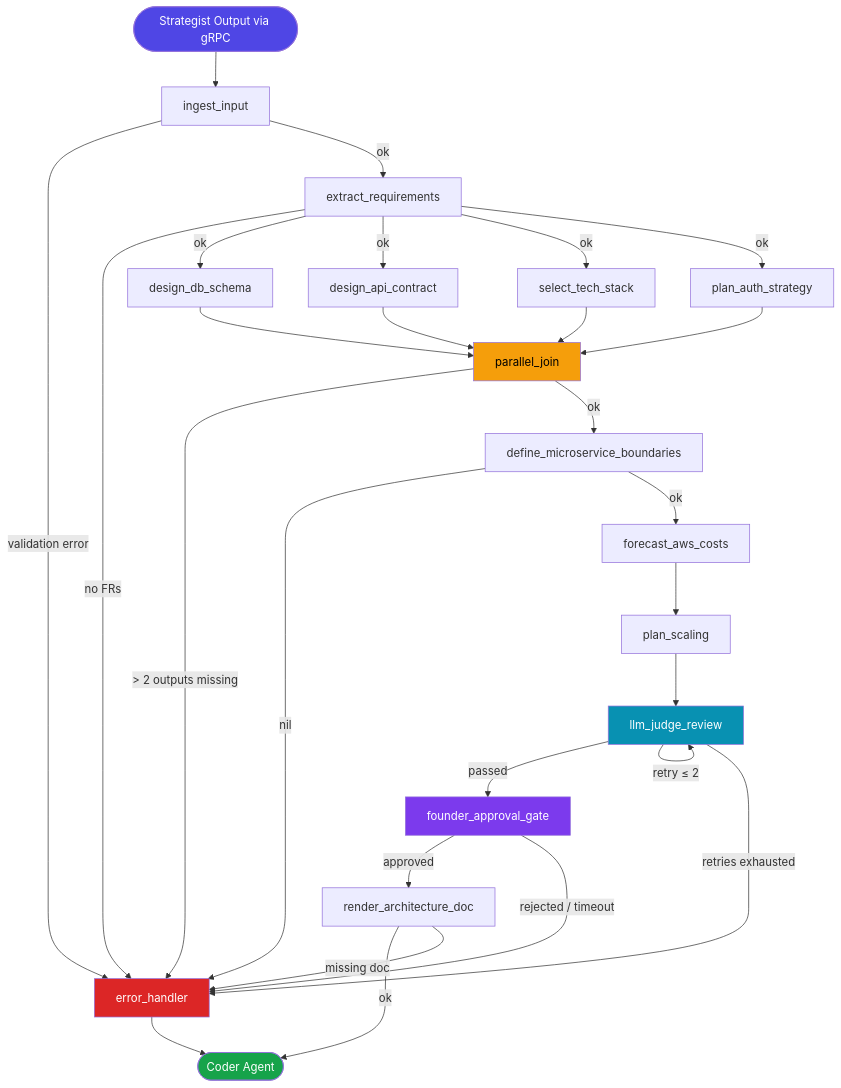
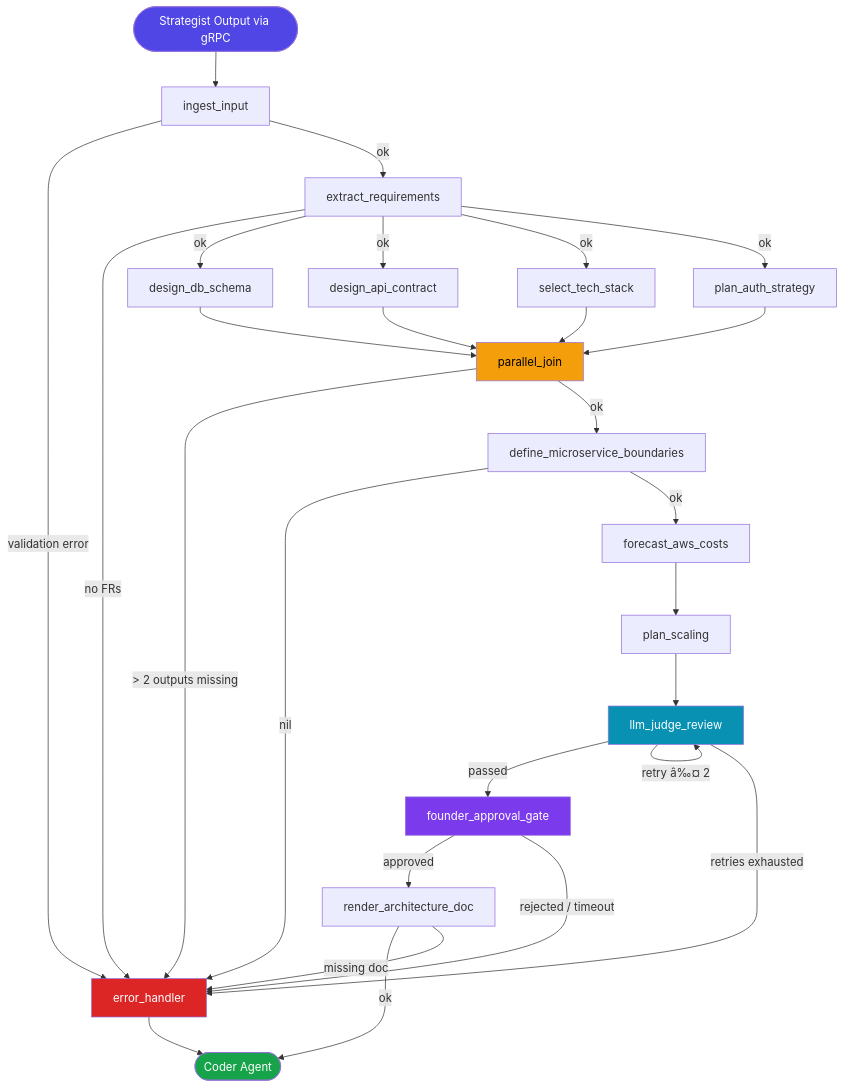
Before and after one commit to kaushraj1/AutoFounder: the first of 4 diagrams in docs/architecture/Agents-Architecture/architect-agent.md, drawn with Mermaid. The commit also changed other lines of this file, not shown here.

First line of the commit message:
docs(architect): sync LLD path comments to backend/app/agents/architect (19 hits)

````diff
--- a/docs/architecture/Agents-Architecture/architect-agent.md
+++ b/docs/architecture/Agents-Architecture/architect-agent.md
@@ -627,43 +627,43 @@
 ```mermaid
 flowchart TD
     START([Strategist Output via gRPC]) --> ingest_input
 
     ingest_input -->|validation error| error_handler
     ingest_input -->|ok| extract_requirements
 
     extract_requirements -->|no FRs| error_handler
     extract_requirements -->|ok| design_db_schema & design_api_contract & select_tech_stack & plan_auth_strategy
 
     design_db_schema     --> parallel_join
     design_api_contract  --> parallel_join
     select_tech_stack    --> parallel_join
     plan_auth_strategy   --> parallel_join
 
     parallel_join -->|> 2 outputs missing| error_handler
     parallel_join -->|ok| define_microservice_boundaries
 
     define_microservice_boundaries -->|nil| error_handler
     define_microservice_boundaries -->|ok| forecast_aws_costs
 
     forecast_aws_costs --> plan_scaling
     plan_scaling --> llm_judge_review
 
     llm_judge_review -->|passed| founder_approval_gate
-    llm_judge_review -->|retry ≤ 2| llm_judge_review
+    llm_judge_review -->|retry â‰¤ 2| llm_judge_review
     llm_judge_review -->|retries exhausted| error_handler
 
     founder_approval_gate -->|approved| render_architecture_doc
     founder_approval_gate -->|rejected / timeout| error_handler
 
     render_architecture_doc -->|ok| END([Coder Agent])
     render_architecture_doc -->|missing doc| error_handler
 
     error_handler --> END
 
     style START          fill:#4f46e5,color:#fff
     style END            fill:#16a34a,color:#fff
     style error_handler  fill:#dc2626,color:#fff
     style parallel_join  fill:#f59e0b,color:#000
     style founder_approval_gate fill:#7c3aed,color:#fff
     style llm_judge_review fill:#0891b2,color:#fff
 ```
````
